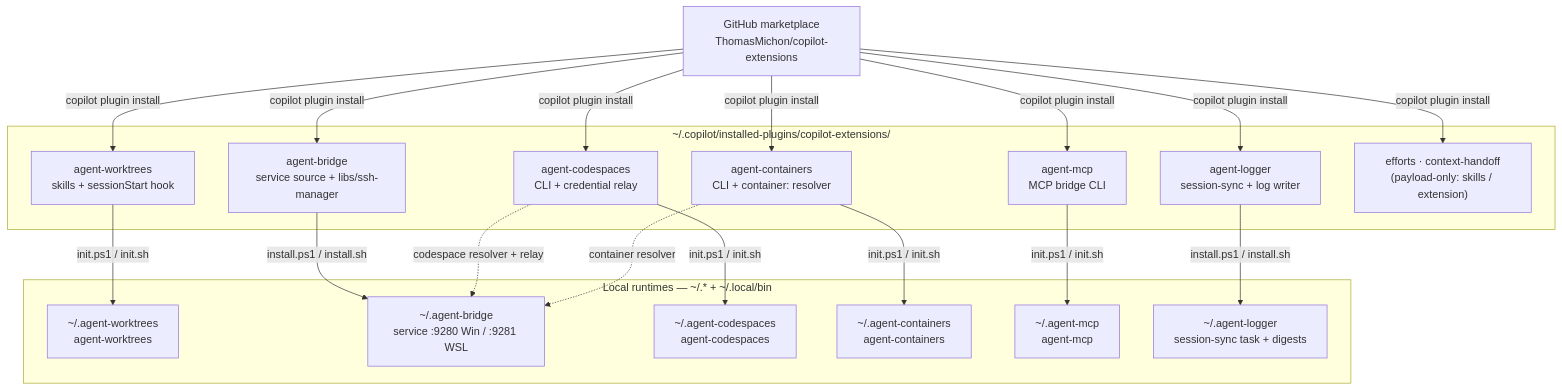
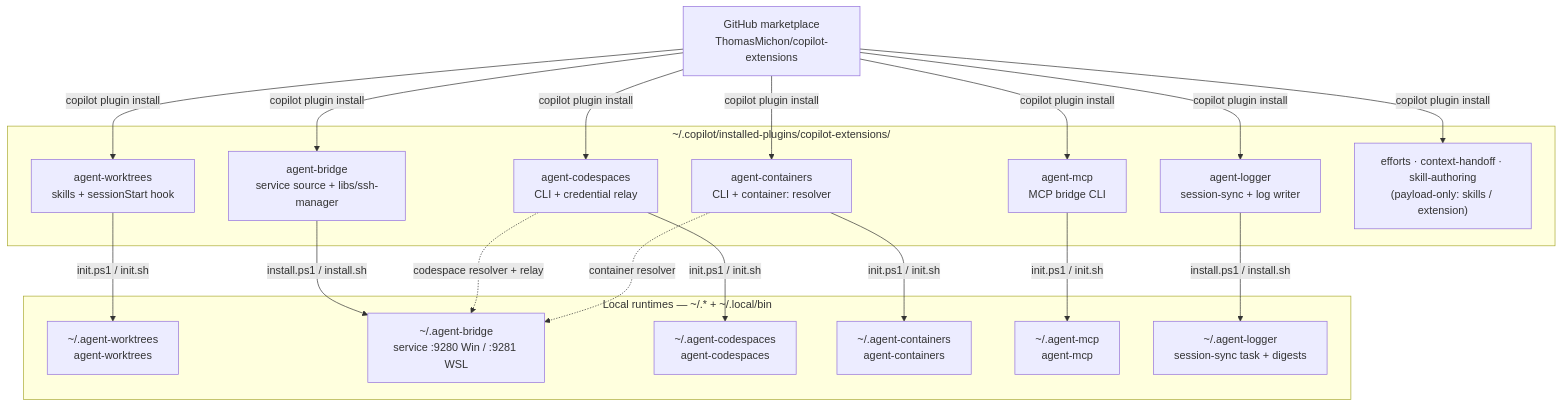
Before and after one commit to ThomasMichon/copilot-extensions: the first of 3 diagrams in README.md, drawn with Mermaid. The commit also changed other lines of this file and 6 other files, not shown here.

First line of the commit message:
skill-authoring: new payload-only plugin for authoring extensions (Phase 4)

````diff
--- a/README.md
+++ b/README.md
@@ -36,36 +37,36 @@
 ```mermaid
 flowchart TB
     MP["GitHub marketplace<br/>ThomasMichon/copilot-extensions"]
     subgraph IP["~/.copilot/installed-plugins/copilot-extensions/"]
       AW["agent-worktrees<br/>skills + sessionStart hook"]
       AB["agent-bridge<br/>service source + libs/ssh-manager"]
       AC["agent-codespaces<br/>CLI + credential relay"]
       AN["agent-containers<br/>CLI + container: resolver"]
       AM["agent-mcp<br/>MCP bridge CLI"]
       AL["agent-logger<br/>session-sync + log writer"]
-      PO["efforts · context-handoff<br/>(payload-only: skills / extension)"]
+      PO["efforts · context-handoff · skill-authoring<br/>(payload-only: skills / extension)"]
     end
     subgraph RT["Local runtimes — ~/.* + ~/.local/bin"]
       RW["~/.agent-worktrees<br/>agent-worktrees"]
       RB["~/.agent-bridge<br/>service :9280 Win / :9281 WSL"]
       RC["~/.agent-codespaces<br/>agent-codespaces"]
       RN["~/.agent-containers<br/>agent-containers"]
       RM["~/.agent-mcp<br/>agent-mcp"]
       RL["~/.agent-logger<br/>session-sync task + digests"]
     end
     MP -->|copilot plugin install| AW
     MP -->|copilot plugin install| AB
     MP -->|copilot plugin install| AC
     MP -->|copilot plugin install| AN
     MP -->|copilot plugin install| AM
     MP -->|copilot plugin install| AL
     MP -->|copilot plugin install| PO
     AW -->|init.ps1 / init.sh| RW
     AB -->|install.ps1 / install.sh| RB
     AC -->|init.ps1 / init.sh| RC
     AN -->|init.ps1 / init.sh| RN
     AM -->|init.ps1 / init.sh| RM
     AL -->|install.ps1 / install.sh| RL
     AC -.->|codespace resolver + relay| RB
     AN -.->|container resolver| RB
 ```
````
